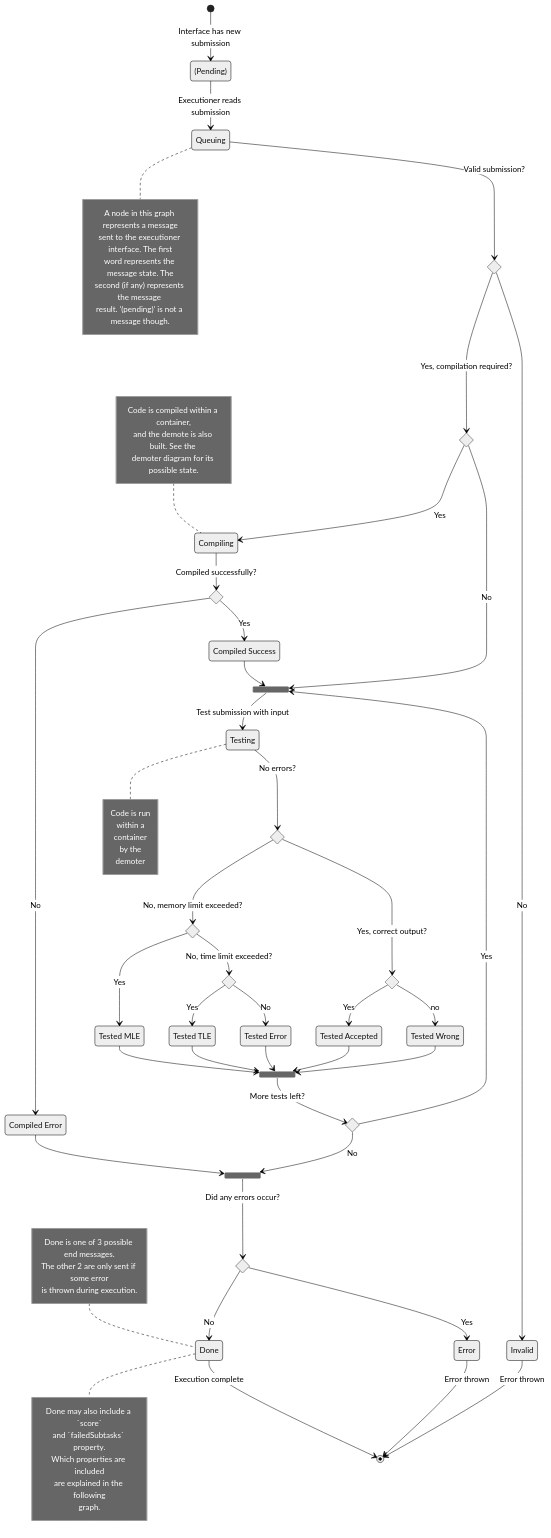
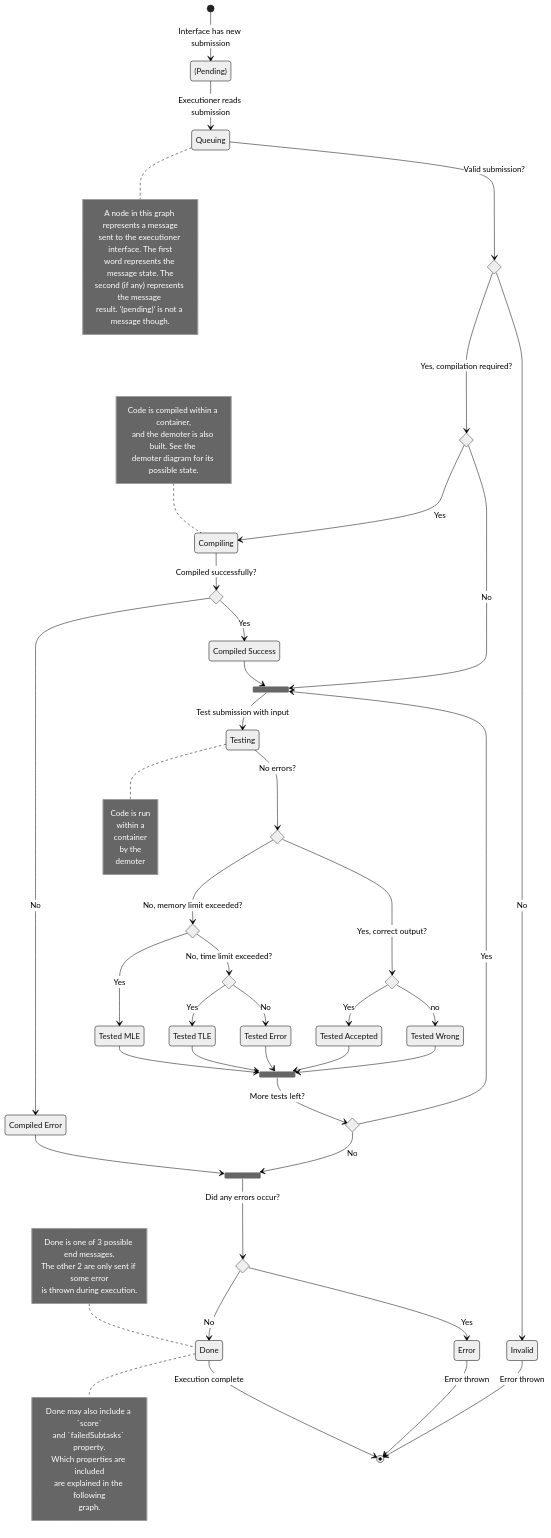
Before and after one commit to CP-STA/STAOJ: the first of 2 diagrams in docs/executioner/executioner.md, drawn with Mermaid (neutral theme). The commit also changed 3 other files, not shown here.

```diff
--- a/docs/executioner/executioner.md
+++ b/docs/executioner/executioner.md
@@ -51,7 +51,7 @@
 
 note left of compiling
   Code is compiled within a container,
-  and the demote is also built. See the 
+  and the demoter is also built. See the 
   demoter diagram for its possible state.
 
 end note
```
